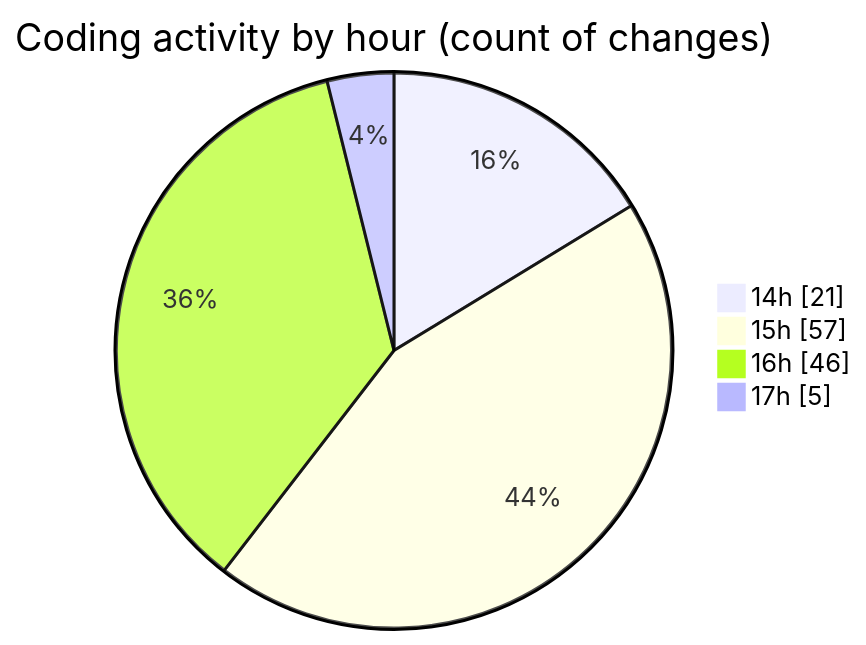
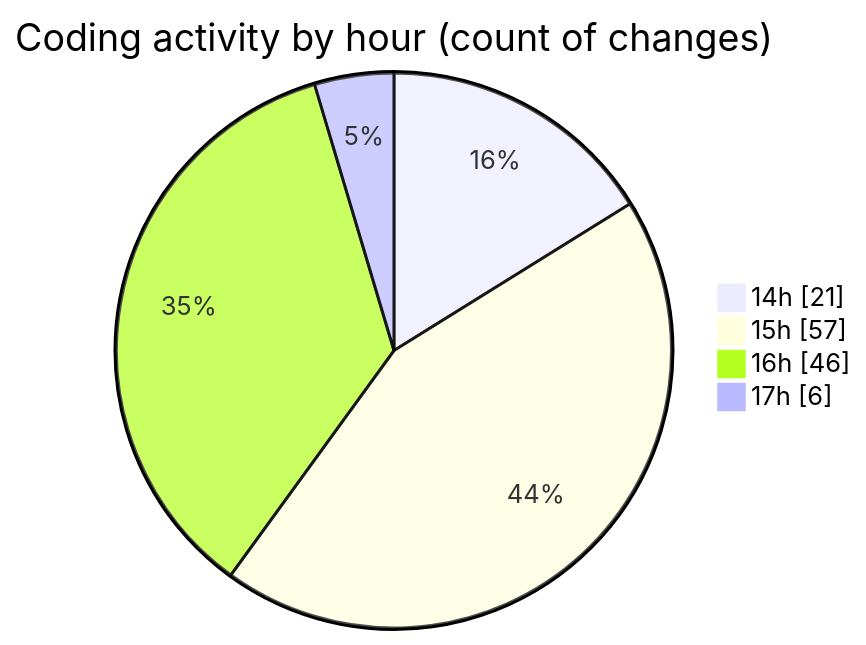
One commit to Ritupan-Deka/code-tracking changed the second of 2 diagrams in 2025-05-24/projects/README.md. Above: the diagram before and after it, drawn with Mermaid. The commit also changed other lines of this file and 1 other file, not shown here.

````diff
--- a/2025-05-24/projects/README.md
+++ b/2025-05-24/projects/README.md
@@ -35,8 +35,8 @@
 ```mermaid
 pie showData
 title Coding activity by hour (count of changes)
 "14h" : 21
 "15h" : 57
 "16h" : 46
-"17h" : 5
+"17h" : 6
 ```
````
